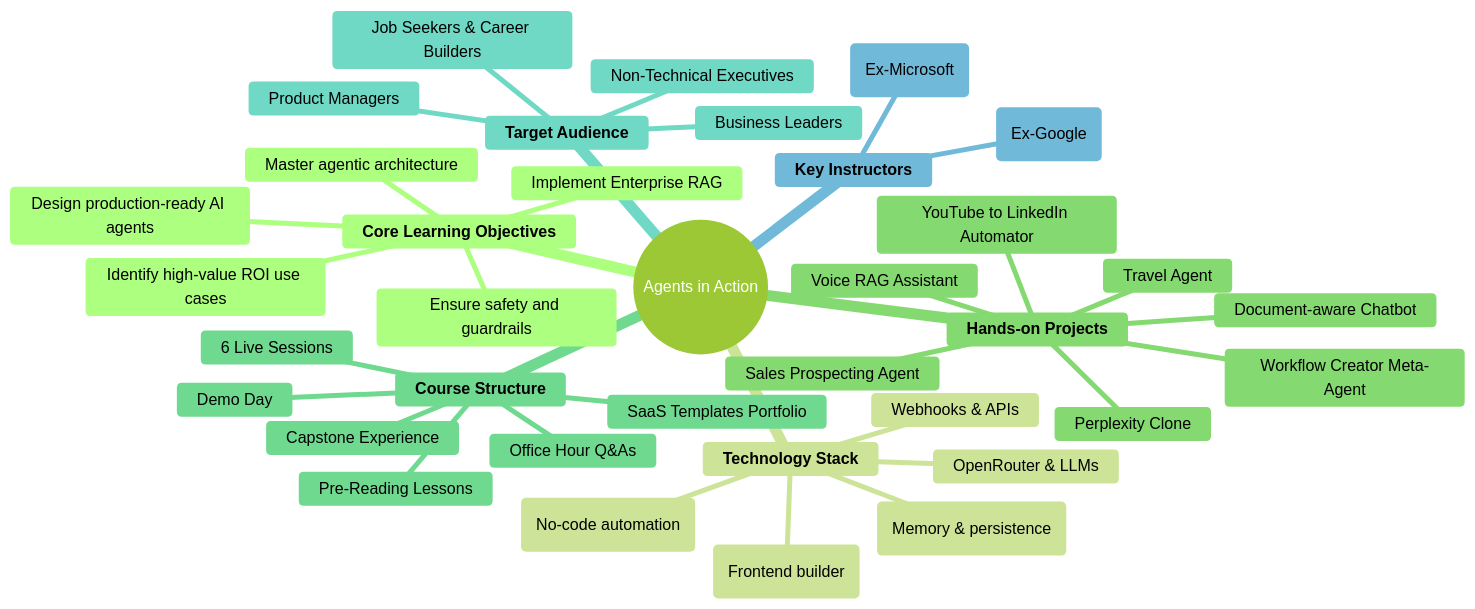
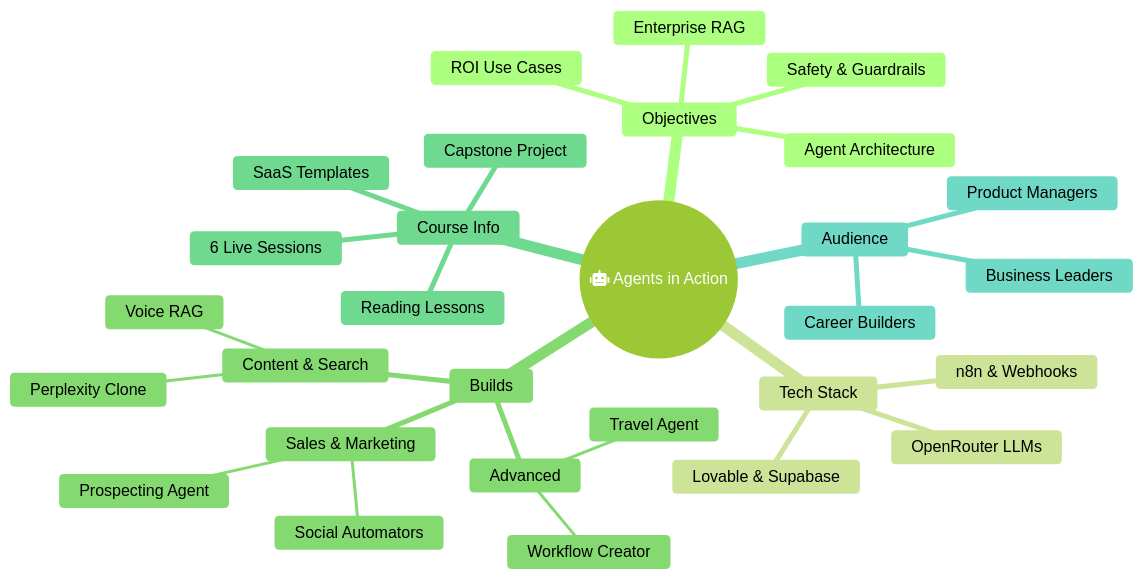
Before and after one commit to traversaal-ai/agents-in-action: the diagram in README.md, drawn with Mermaid (forest theme).

Commit message:
revised mindmap
- Removed unnecessary details from mindmap
- Shortened text

````diff
--- a/README.md
+++ b/README.md
@@ -16,45 +16,37 @@
 ```mermaid
 mindmap
-  root((Agents in Action))
-
-    **Core Learning Objectives**
-      Identify high-value ROI use cases
-      Design production-ready AI agents
-      Master agentic architecture
-      Implement Enterprise RAG
-      Ensure safety and guardrails
-
-    **Technology Stack**
-      n8n (No-code automation)
-      Lovable (Frontend builder)
-      Supabase (Memory & persistence)
-      Webhooks & APIs
-      OpenRouter & LLMs
-
-    **Hands-on Projects**
-      Sales Prospecting Agent
-      Document-aware Chatbot
+root((fa:fa-robot Agents in Action))
+  Objectives
+    ::icon(fa fa-bullseye)
+    ROI Use Cases
+    Agent Architecture
+    Enterprise RAG
+    Safety & Guardrails
+  Tech Stack
+    ::icon(fa fa-layer-group)
+    n8n & Webhooks
+    Lovable & Supabase
+    OpenRouter LLMs
+  Builds
+    ::icon(fa fa-hammer)
+    Sales & Marketing
+      Prospecting Agent
+      Social Automators
+    Content & Search
       Perplexity Clone
-      Voice RAG Assistant
-      YouTube to LinkedIn Automator
+      Voice RAG
+    Advanced
       Travel Agent
-      Workflow Creator Meta-Agent
-
-    **Course Structure**
-      6 Live Sessions
-      Pre-Reading Lessons
-      Demo Day
-      Capstone Experience
-      Office Hour Q&As
-      SaaS Templates Portfolio
-
-    **Target Audience**
-      Product Managers
-      Business Leaders
-      Non-Technical Executives
-      Job Seekers & Career Builders
-
-    **Key Instructors**
-      Hamza Farooq (Ex-Google)
-      Gabriela de Queiroz (Ex-Microsoft)
+      Workflow Creator
+  Course Info
+    ::icon(fa fa-calendar-check)
+    6 Live Sessions
+    Reading Lessons
+    Capstone Project
+    SaaS Templates
+  Audience
+    ::icon(fa fa-users)
+    Product Managers
+    Business Leaders
+    Career Builders
 ```
````
